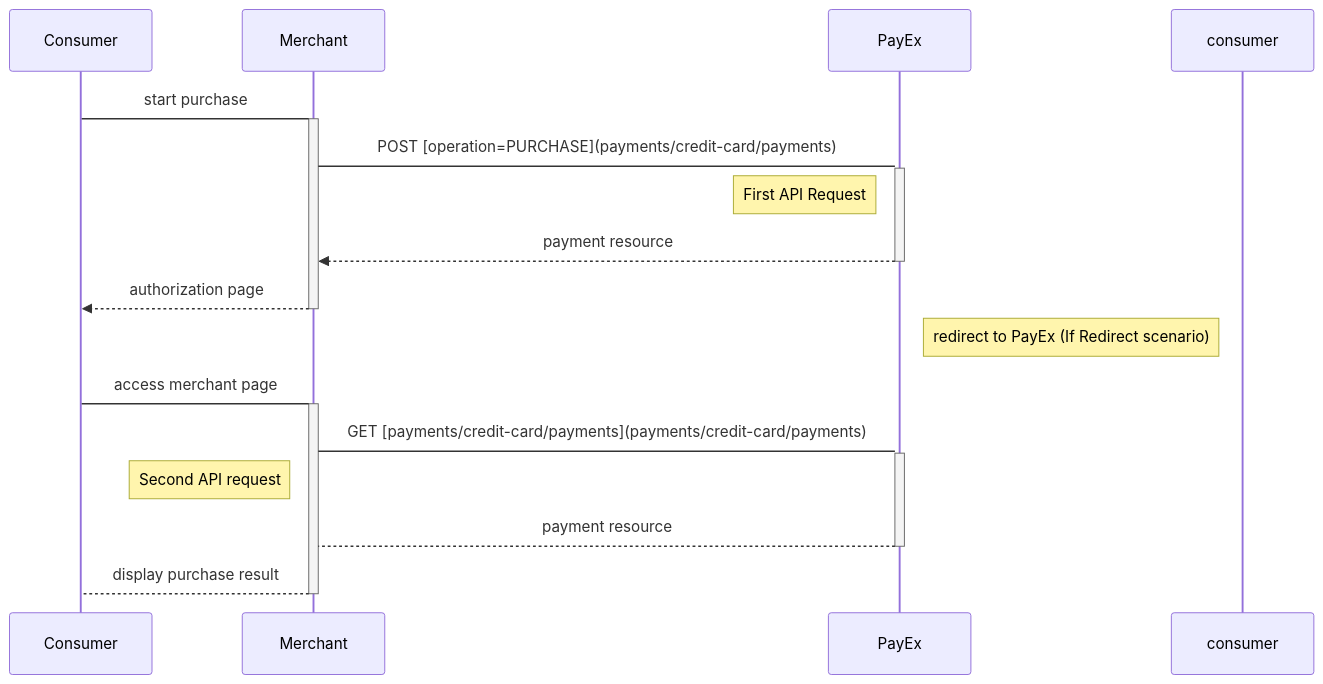
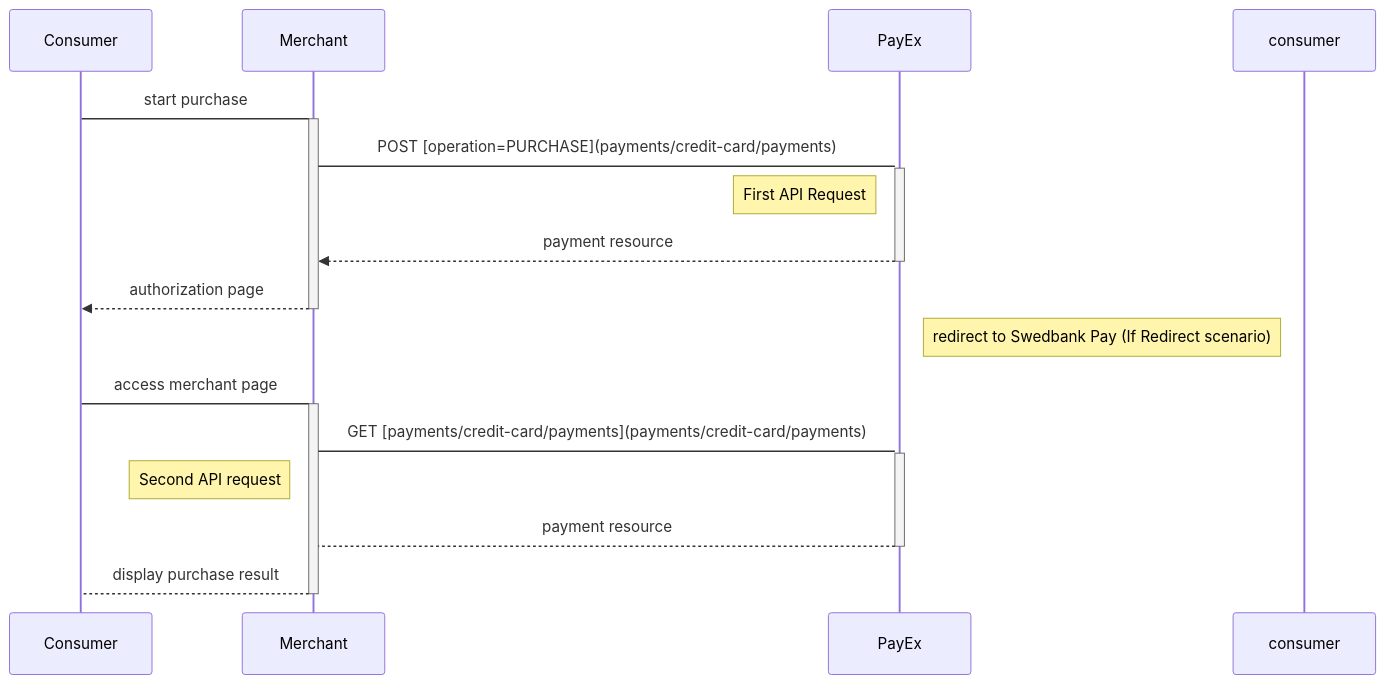
The first of 5 diagrams in payments/credit-card/index.md (SwedbankPay/developer.swedbankpay.com), drawn with Mermaid before and after one commit. The commit also changed other lines of this file and 39 other files, not shown here.

Commit message:
Replaced most occurrences of `PayEx` with `Swedbank Pay`

````diff
--- a/payments/credit-card/index.md
+++ b/payments/credit-card/index.md
@@ -65,15 +65,15 @@
 ```mermaid
 sequenceDiagram
     Consumer->+Merchant: start purchase
     Merchant->+PayEx: POST [operation=PURCHASE](payments/credit-card/payments)
     Note left of PayEx: First API Request
     PayEx-->>-Merchant: payment resource
     Merchant-->>-Consumer: authorization page
-    note left of consumer: redirect to PayEx (If Redirect scenario)
+    note left of consumer: redirect to Swedbank Pay (If Redirect scenario)
 
     Consumer->+Merchant: access merchant page
     Merchant->+PayEx: GET [payments/credit-card/payments](payments/credit-card/payments)
     note left of Merchant: Second API request
     PayEx-->-Merchant: payment resource
     Merchant-->-Consumer: display purchase result
 ```
````
